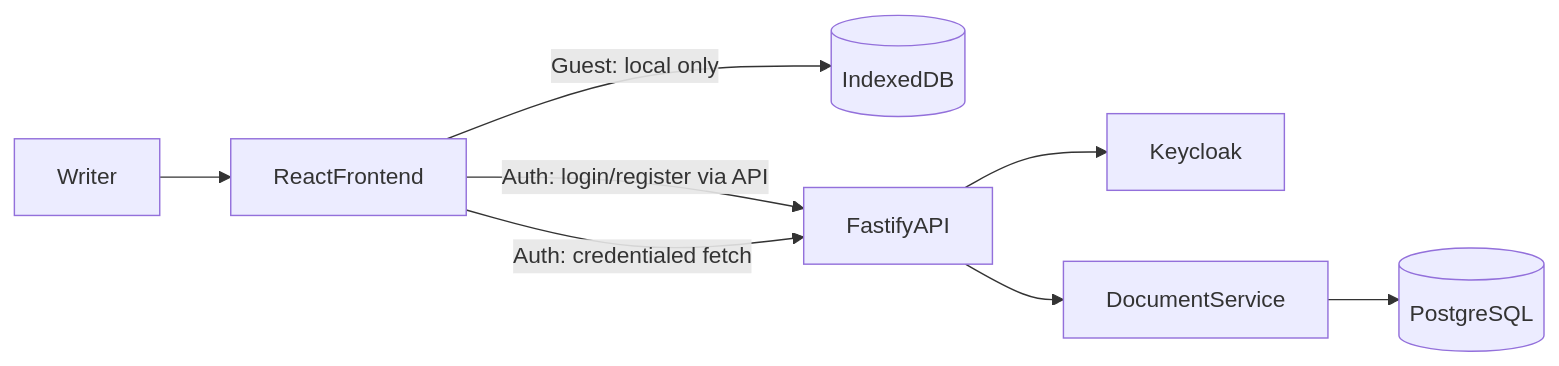
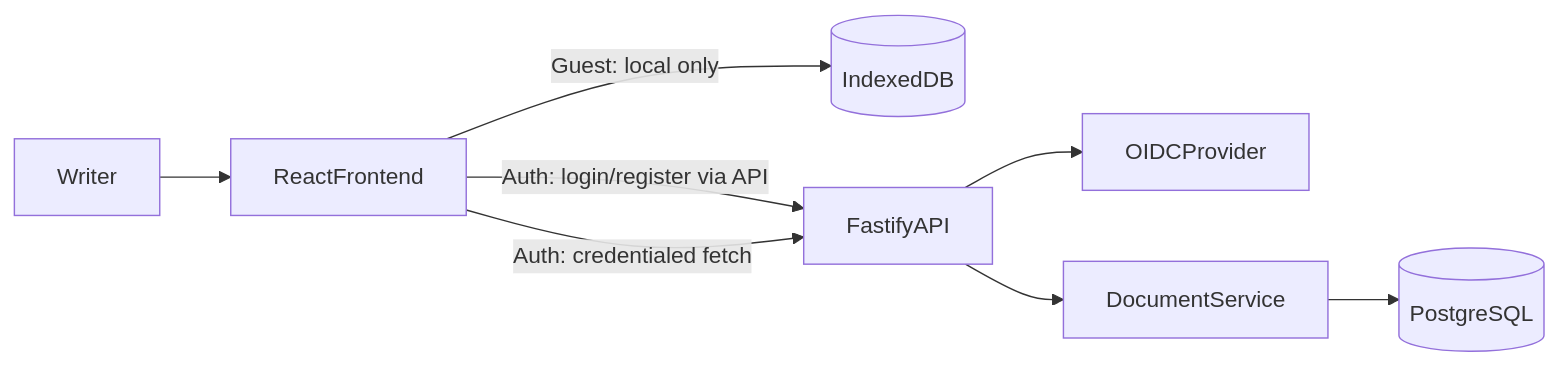
Before and after one commit to TommyKolb/GlossaDocs: the diagram in docs/specs/user-story-1-basic-editor-spec.md, drawn with Mermaid. The commit also changed other lines of this file and 35 other files, not shown here.

````diff
--- a/docs/specs/user-story-1-basic-editor-spec.md
+++ b/docs/specs/user-story-1-basic-editor-spec.md
@@ -30,10 +30,10 @@
 ```mermaid
 flowchart LR
   user[Writer] --> fe[ReactFrontend]
   fe -->|"Guest: local only"| idb[(IndexedDB)]
   fe -->|"Auth: login/register via API"| api[FastifyAPI]
-  api --> kc[Keycloak]
+  api --> idp[OIDCProvider]
   fe -->|"Auth: credentialed fetch"| api
   api --> docSvc[DocumentService]
   docSvc --> pg[(PostgreSQL)]
 ```
````
